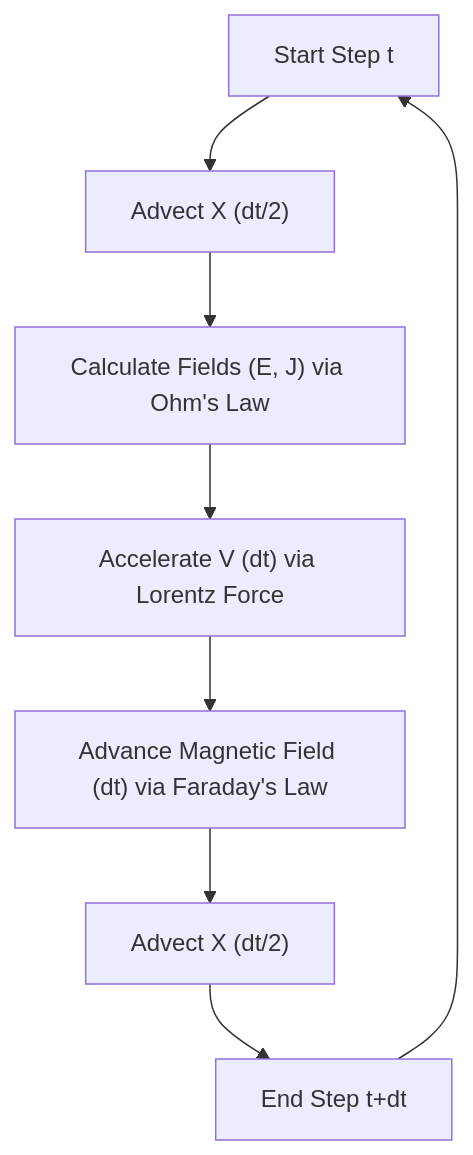
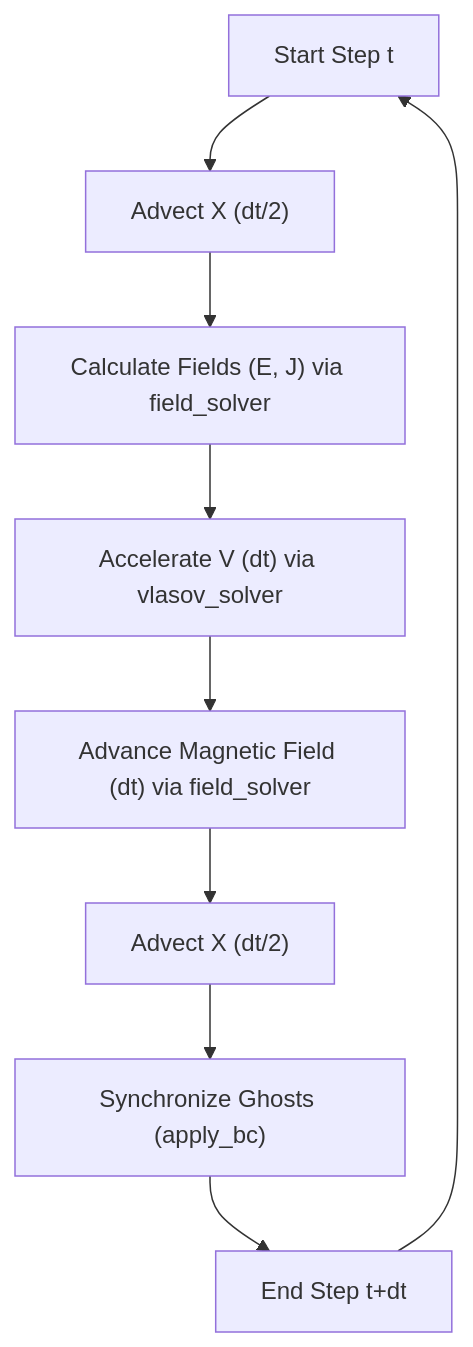
The diagram in README.md (ivanzait/Vlasov-Jax), drawn with Mermaid before and after one commit. The commit also changed other lines of this file and 11 other files, not shown here.

````diff
--- a/README.md
+++ b/README.md
@@ -48,10 +43,11 @@
 ```mermaid
 graph TD
     A[Start Step t] --> B["Advect X (dt/2)"]
-    B --> C["Calculate Fields (E, J) via Ohm's Law"]
-    C --> D["Accelerate V (dt) via Lorentz Force"]
-    D --> E["Advance Magnetic Field (dt) via Faraday's Law"]
+    B --> C["Calculate Fields (E, J) via field_solver"]
+    C --> D["Accelerate V (dt) via vlasov_solver"]
+    D --> E["Advance Magnetic Field (dt) via field_solver"]
     E --> F["Advect X (dt/2)"]
-    F --> G["End Step t+dt"]
-    G --> A
+    F --> G["Synchronize Ghosts (apply_bc)"]
+    G --> H["End Step t+dt"]
+    H --> A
 ```
````
